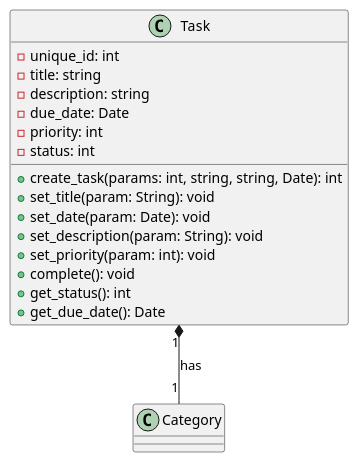
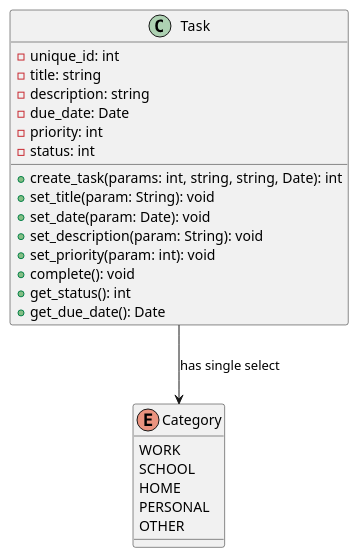
One commit to CS361-2024Fall-Term/Innovators changed the diagram in assignment6/task.puml. Above: the diagram before and after it, drawn with PlantUML. The commit also changed 1 other file, not shown here.

Commit message:
Updated task and category

```diff
--- a/assignment6/task.puml
+++ b/assignment6/task.puml
@@ -1,22 +1,30 @@
 @startuml
 
 class Task {
   -unique_id: int
   -title: string
   -description: string
   -due_date: Date
   -priority: int
   -status: int
   +create_task(params: int, string, string, Date): int
   +set_title(param: String): void
   +set_date(param: Date): void
   +set_description(param: String): void
   +set_priority(param: int): void
   +complete(): void
   +get_status(): int
   +get_due_date(): Date
 }
 
-Task "1" *-- "1" Category : "has"
+enum Category {
+  WORK
+  SCHOOL
+  HOME
+  PERSONAL
+  OTHER
+}
+
+Task --> Category : "has single select"
 
 @enduml
```
